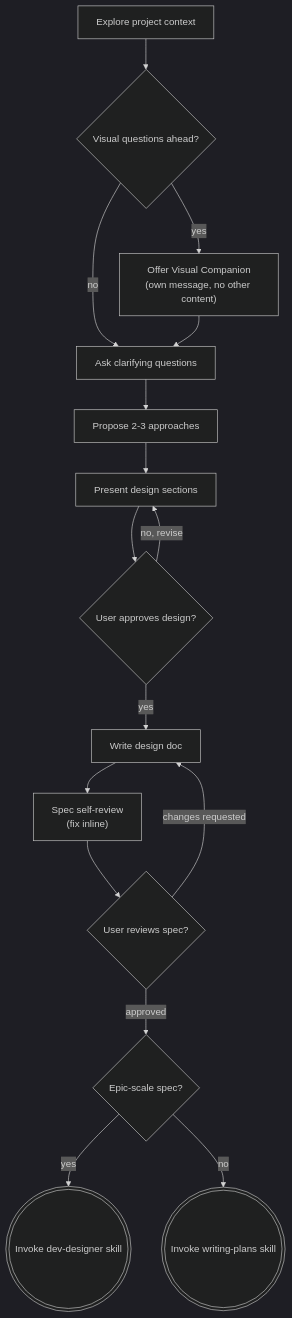
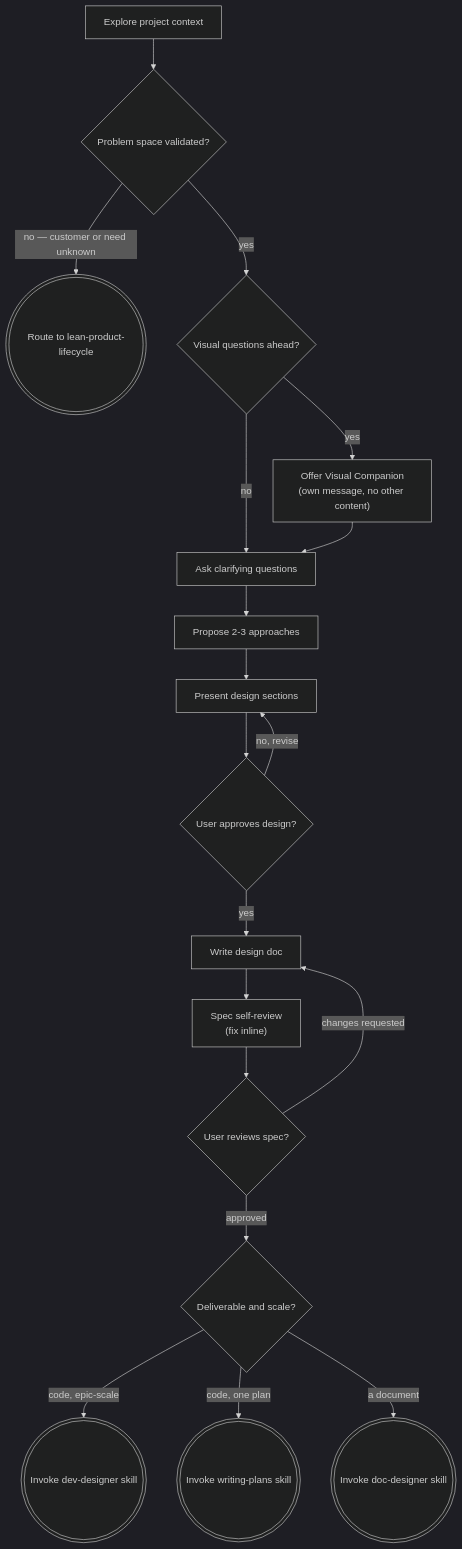
One commit to DanhDue/ai-agent-tools changed the diagram in skills/brainstorming/SKILL.md. Above: the diagram before and after it, drawn with Mermaid (dark theme). The commit also changed other lines of this file and 3 other files, not shown here.

````diff
--- a/skills/brainstorming/SKILL.md
+++ b/skills/brainstorming/SKILL.md
@@ -36,18 +38,21 @@
 ```mermaid
 flowchart TD
-    A["Explore project context"] --> B{"Visual questions ahead?"}
+    A["Explore project context"] --> A2{"Problem space validated?"}
+    A2 -->|"no — customer or need unknown"| LP((("Route to lean-product-lifecycle")))
+    A2 -->|yes| B{"Visual questions ahead?"}
     B -->|yes| C["Offer Visual Companion<br>(own message, no other content)"]
     B -->|no| D["Ask clarifying questions"]
     C --> D
     D --> E["Propose 2-3 approaches"]
     E --> F["Present design sections"]
     F --> G{"User approves design?"}
     G -->|no, revise| F
     G -->|yes| H["Write design doc"]
     H --> I["Spec self-review<br>(fix inline)"]
     I --> J{"User reviews spec?"}
     J -->|changes requested| H
-    J -->|approved| K{"Epic-scale spec?"}
-    K -->|yes| L((("Invoke dev-designer skill")))
-    K -->|no| M((("Invoke writing-plans skill")))
+    J -->|approved| K{"Deliverable and scale?"}
+    K -->|"code, epic-scale"| L((("Invoke dev-designer skill")))
+    K -->|"code, one plan"| M((("Invoke writing-plans skill")))
+    K -->|"a document"| N((("Invoke doc-designer skill")))
 ```
````
